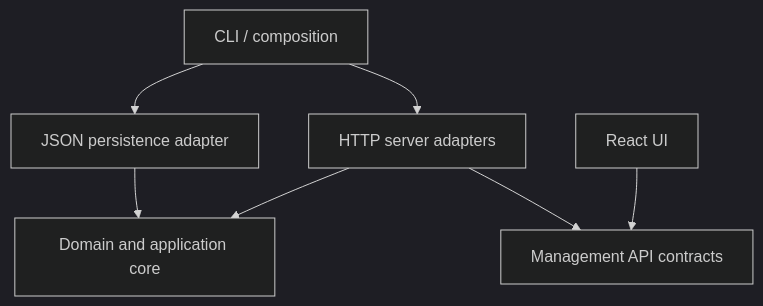
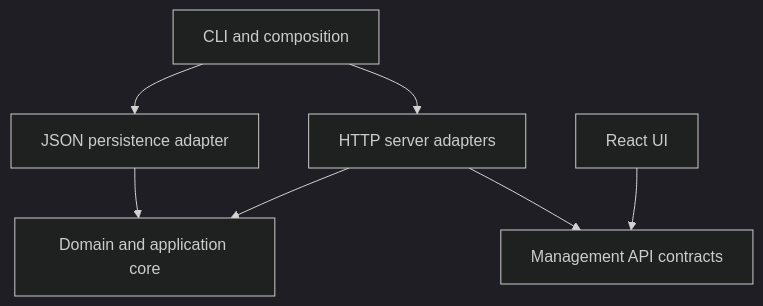
The second of 3 diagrams in docs/architecture.md (Temosh/defftra-router), drawn with Mermaid (dark theme) before and after one commit. The commit also changed other lines of this file and 10 other files, not shown here.

````diff
--- a/docs/architecture.md
+++ b/docs/architecture.md
@@ -41,9 +43,9 @@
 ```mermaid
 flowchart TD
-    CLI["CLI / composition"] --> Server["HTTP server adapters"]
+    CLI["CLI and composition"] --> Server["HTTP server adapters"]
     CLI --> Persistence["JSON persistence adapter"]
     Server --> Core["Domain and application core"]
     Persistence --> Core
     UI["React UI"] --> Contracts["Management API contracts"]
     Server --> Contracts
 ```
````
